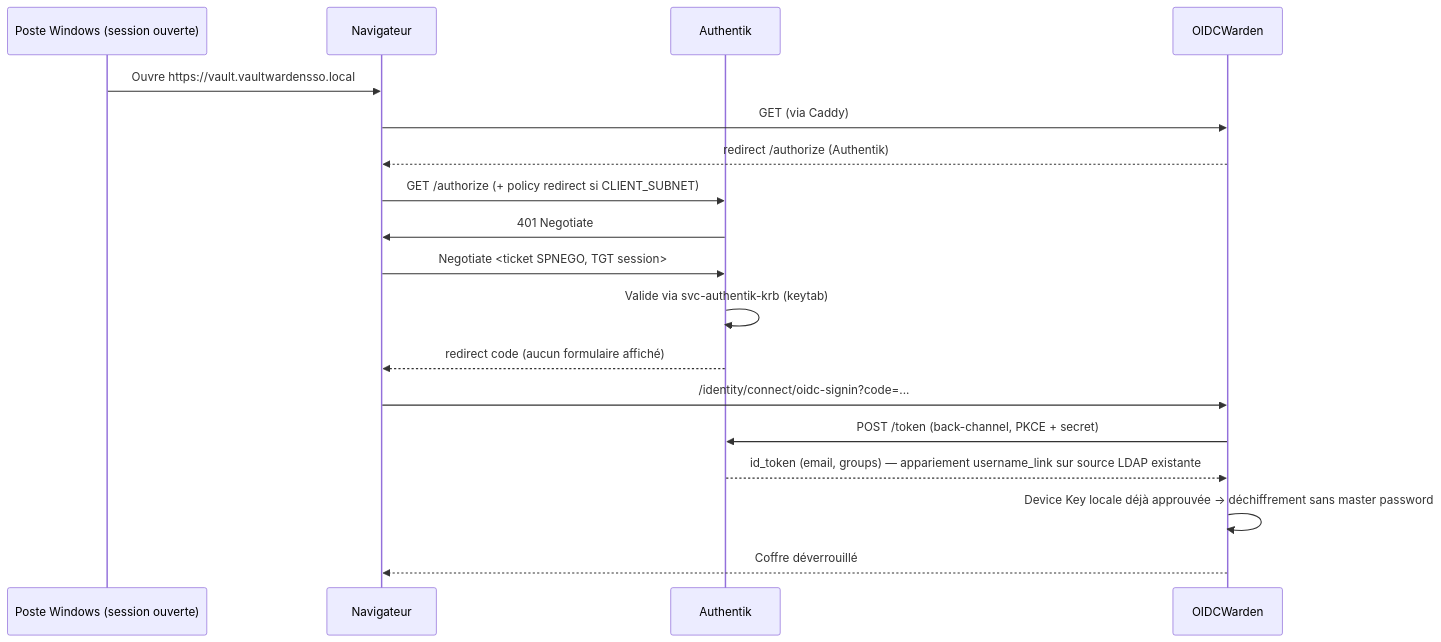
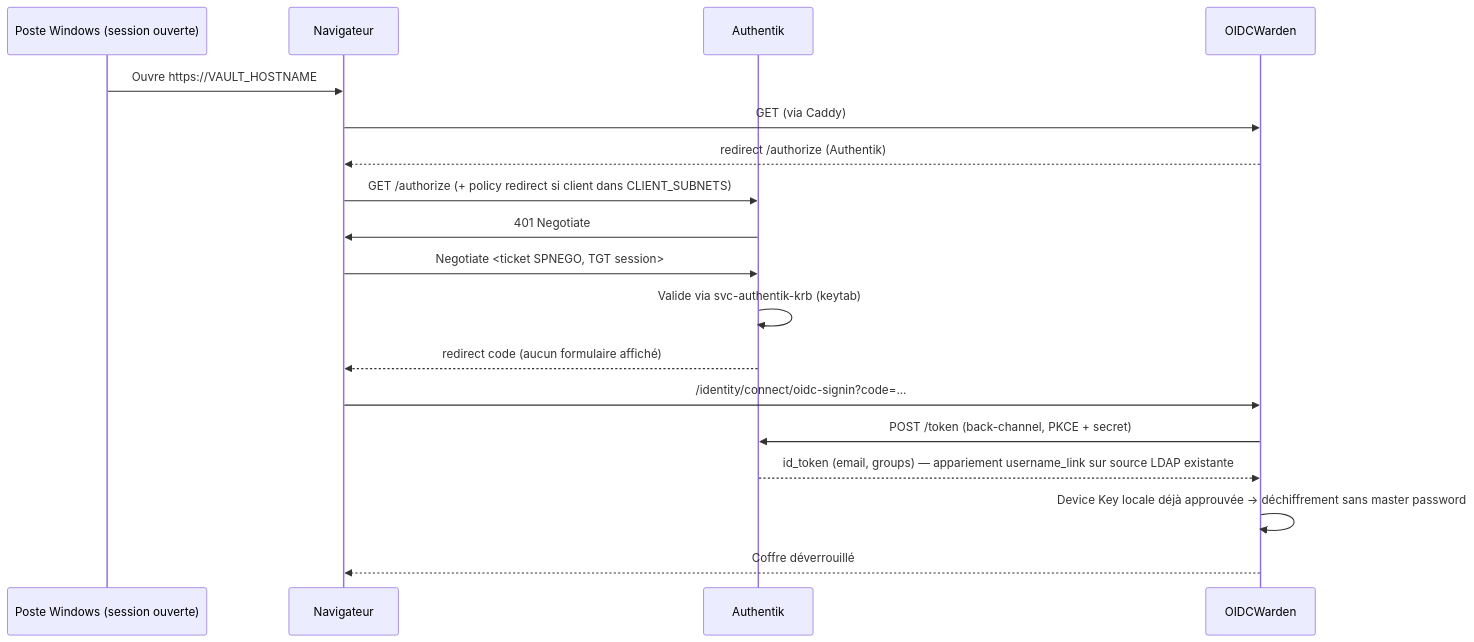
The second of 2 diagrams in docs/01_architecture.md (Phoenix0108/vaultwarden-stack-SSO), drawn with Mermaid before and after one commit. The commit also changed other lines of this file and 22 other files, not shown here.

````diff
--- a/docs/01_architecture.md
+++ b/docs/01_architecture.md
@@ -53,20 +53,20 @@
 ```mermaid
 sequenceDiagram
     participant U as Poste Windows (session ouverte)
     participant N as Navigateur
     participant A as Authentik
     participant V as OIDCWarden
-    U->>N: Ouvre https://vault.vaultwardensso.local
+    U->>N: Ouvre https://VAULT_HOSTNAME
     N->>V: GET (via Caddy)
     V-->>N: redirect /authorize (Authentik)
-    N->>A: GET /authorize (+ policy redirect si CLIENT_SUBNET)
+    N->>A: GET /authorize (+ policy redirect si client dans CLIENT_SUBNETS)
     A->>N: 401 Negotiate
     N->>A: Negotiate <ticket SPNEGO, TGT session>
     A->>A: Valide via svc-authentik-krb (keytab)
     A-->>N: redirect code (aucun formulaire affiché)
     N->>V: /identity/connect/oidc-signin?code=...
     V->>A: POST /token (back-channel, PKCE + secret)
     A-->>V: id_token (email, groups) — appariement username_link sur source LDAP existante
     V->>V: Device Key locale déjà approuvée -> déchiffrement sans master password
     V-->>N: Coffre déverrouillé
 ```
````
